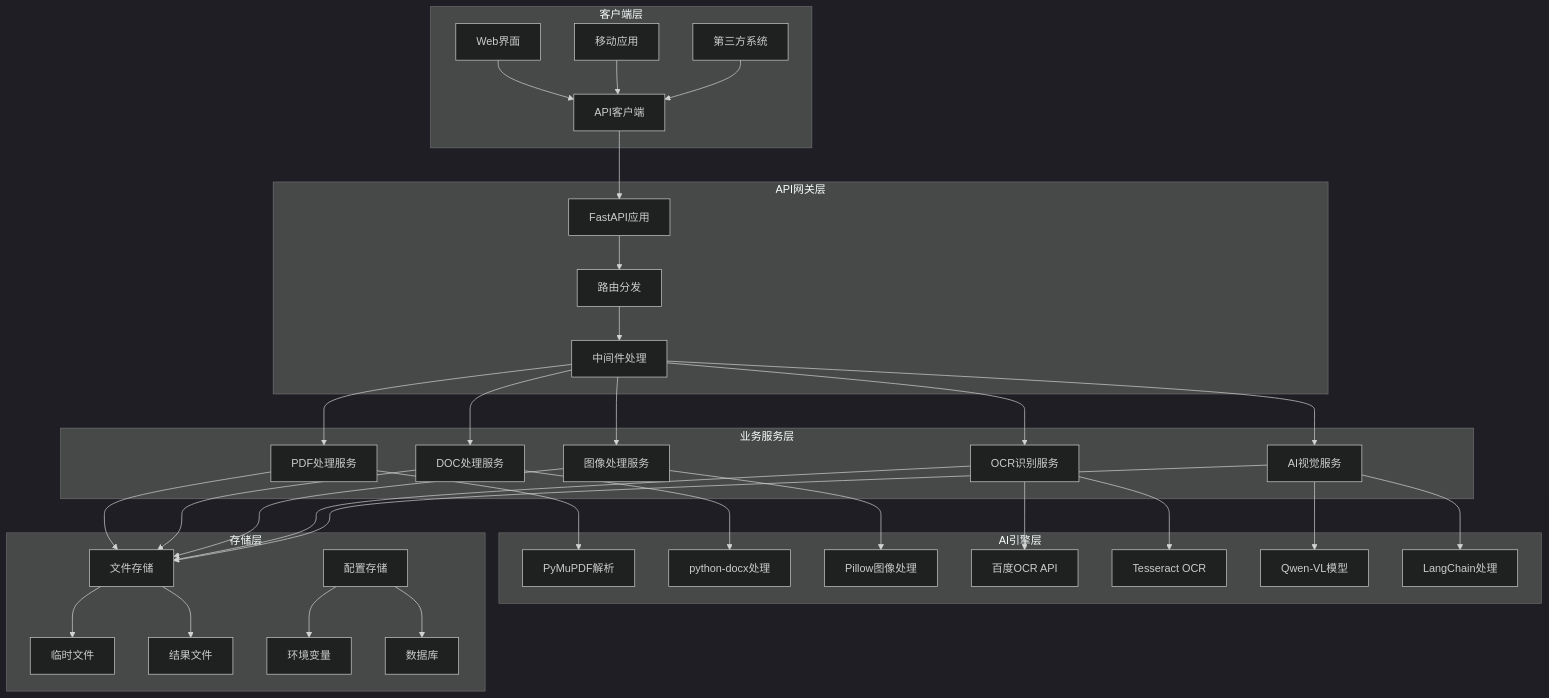
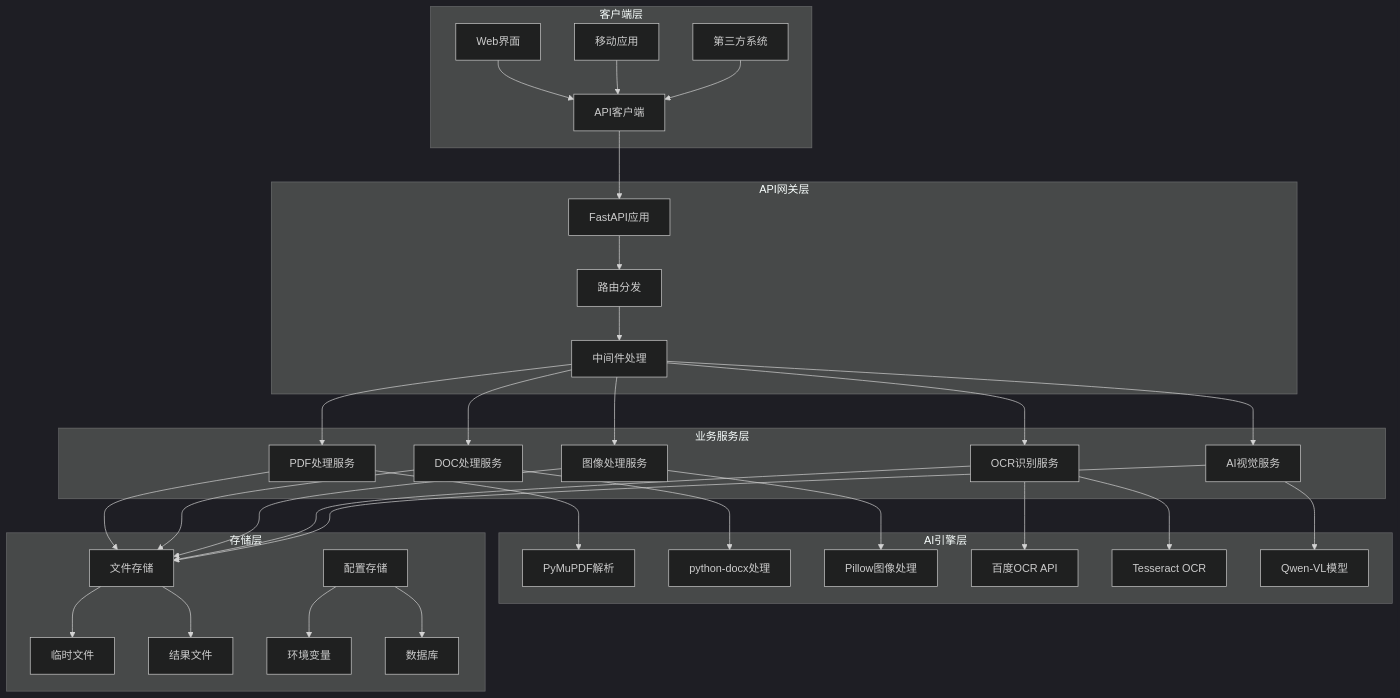
The diagram in README.md (Ubanillx/ConvertToText), drawn with Mermaid (dark theme) before and after one commit. The commit also changed other lines of this file and 5 other files, not shown here.

````diff
--- a/README.md
+++ b/README.md
@@ -67,45 +67,44 @@
 ```mermaid
 graph TB
     subgraph "客户端层"
         A[Web界面] --> B[API客户端]
         C[移动应用] --> B
         D[第三方系统] --> B
     end
   
     subgraph "API网关层"
         B --> E[FastAPI应用]
         E --> F[路由分发]
         F --> G[中间件处理]
     end
   
     subgraph "业务服务层"
         G --> H[PDF处理服务]
         G --> I[DOC处理服务]
         G --> J[图像处理服务]
         G --> K[OCR识别服务]
         G --> L[AI视觉服务]
     end
   
     subgraph "AI引擎层"
         H --> M[PyMuPDF解析]
         I --> N[python-docx处理]
         J --> O[Pillow图像处理]
         K --> P[百度OCR API]
         K --> Q[Tesseract OCR]
         L --> R[Qwen-VL模型]
-        L --> S[LangChain处理]
     end
   
     subgraph "存储层"
         T[文件存储] --> U[临时文件]
         T --> V[结果文件]
         W[配置存储] --> X[环境变量]
         W --> Y[数据库]
     end
   
     H --> T
     I --> T
     J --> T
     K --> T
     L --> T
 ```
````
